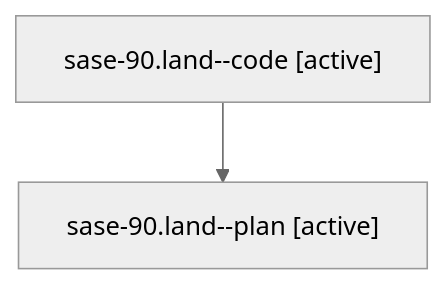
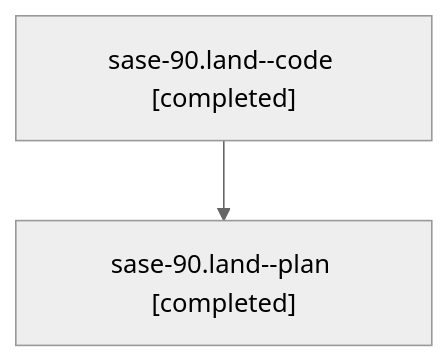
Before and after one commit to sase-org/sase--agents: the diagram in families/bbugyi200.athena.sase-90.land.md, drawn with Mermaid (neutral theme). The commit also changed other lines of this file and 2175 other files, not shown here.

````diff
--- a/families/bbugyi200.athena.sase-90.land.md
+++ b/families/bbugyi200.athena.sase-90.land.md
@@ -7,6 +7,6 @@
 ```mermaid
 flowchart TD
-  n0["sase-90.land--code [active]"]
-  n1["sase-90.land--plan [active]"]
+  n0["sase-90.land--code [completed]"]
+  n1["sase-90.land--plan [completed]"]
   n0 --> n1
 ```
````
